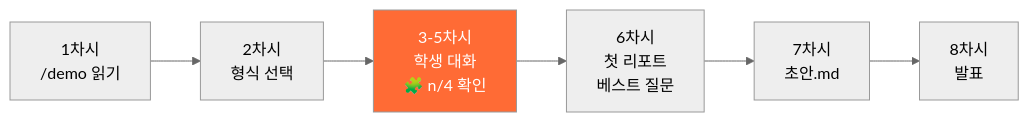
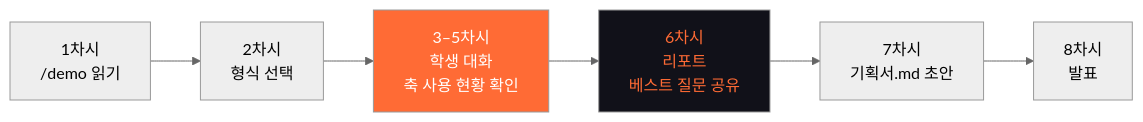
One commit to Collegenie-X/askback changed diagram 11 of 15 in 틴스파크AI_기획문서.md. Above: the diagram before and after it, drawn with Mermaid (neutral theme). The commit also changed other lines of this file and 23 other files, not shown here.

````diff
--- a/틴스파크AI_기획문서.md
+++ b/틴스파크AI_기획문서.md
@@ -471,9 +422,6 @@
 ```mermaid
 flowchart LR
-  T1["1차시<br/>/demo 읽기"] --> T2["2차시<br/>형식 선택"]
-  T2 --> T3["3-5차시<br/>학생 대화<br/>🧩 n/4 확인"]
-  T3 --> T4["6차시<br/>첫 리포트<br/>베스트 질문"]
-  T4 --> T5["7차시<br/>초안.md"]
-  T5 --> T6["8차시<br/>발표"]
-  style T3 fill:#FF6B35,color:#fff
+  T1["1차시<br/>/demo 읽기"] --> T2["2차시<br/>형식 선택"] --> T3["3–5차시<br/>학생 대화<br/>축 사용 현황 확인"] --> T4["6차시<br/>리포트<br/>베스트 질문 공유"] --> T5["7차시<br/>기획서.md 초안"] --> T6["8차시<br/>발표"]
+  style T3 fill:#FF6B35,color:#ffffff
+  style T4 fill:#111119,color:#FF6B35
 ```
````
